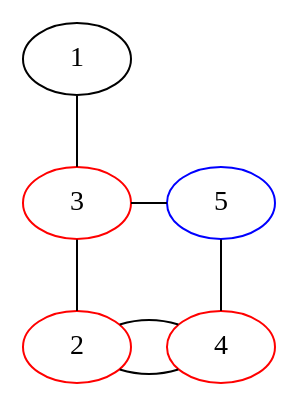
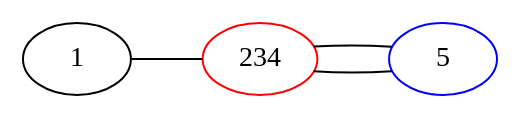
One commit to bilboquet/gamelib changed the diagram in sprouts/start_2_nodes_reduced/1133.dot. Above: the diagram before and after it, drawn with Graphviz. The commit also changed 19 other files, not shown here.

```diff
--- a/sprouts/start_2_nodes_reduced/1133.dot
+++ b/sprouts/start_2_nodes_reduced/1133.dot
@@ -1,28 +1,8 @@
 graph {
-  1 -- 3;
-  2 -- 3;
-  2 -- 4 -- 2;
-  3 -- 5;
-  4 -- 5;
-
-  {
-    rank="same";
-    3;
-    5;
-
-  }
-
-
-  {
-    rank="max";
-    2;
-    4;
-
-  }
-
-  2 [color="red"];
-  3 [color="red"];
-  4 [color="red"];
+  rankdir="LR";
+  1 -- 234;
+  234 -- 5;
+  234 -- 5;
+  234 [color="red"];
   5 [color="blue"];
-
 }
```
